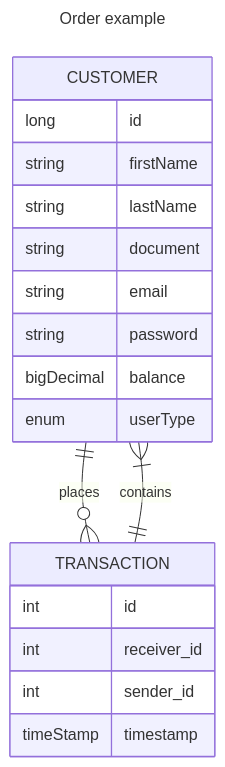
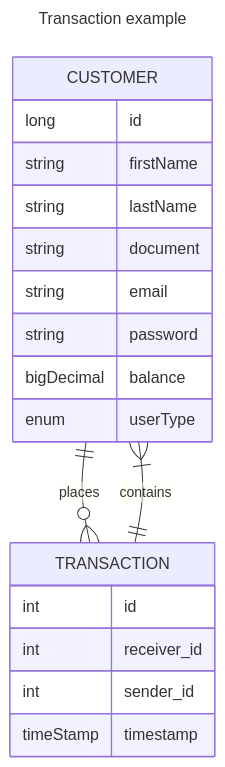
The diagram in README.md (rafaelaldolizarbe/picpaychalenge), drawn with Mermaid before and after one commit.

Commit message:
feat: update README description

``````diff
--- a/README.md
+++ b/README.md
@@ -34,26 +34,26 @@
 `````mermaid
 ---
-title: Order example
+title: Transaction example
 ---
 erDiagram
     CUSTOMER ||--o{ TRANSACTION : places
     CUSTOMER {
         long id
         string firstName
         string lastName
         string document
         string email
         string password
         bigDecimal balance
         enum userType
     }
     TRANSACTION ||--|{ CUSTOMER : contains
     TRANSACTION {
         int id
         int receiver_id
         int sender_id
         timeStamp timestamp
     }
     
 
 `````
``````
